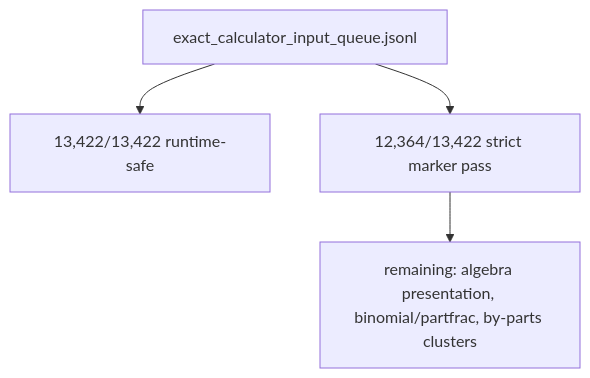
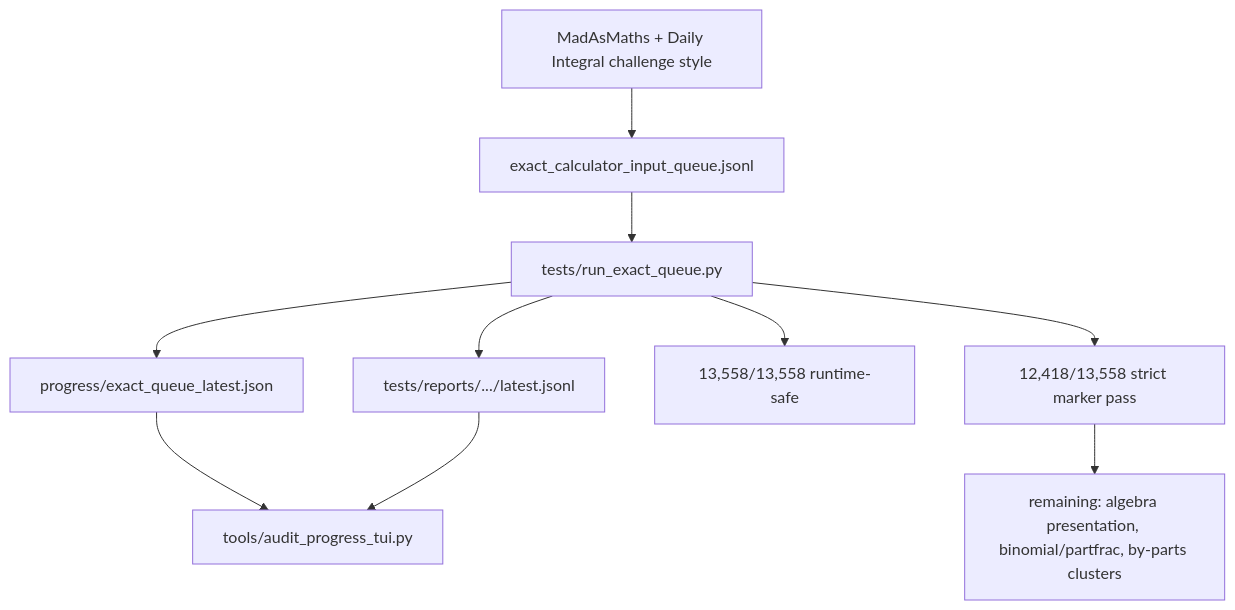
The fifth of 5 diagrams in docs/GRAPH.md (james8464/notes-addin-casio-fx-cg50), drawn with Mermaid before and after one commit. The commit also changed other lines of this file and 53 other files, not shown here.

Commit message:
test: expand queue audit and cleanup source backups

````diff
--- a/docs/GRAPH.md
+++ b/docs/GRAPH.md
@@ -57,6 +57,12 @@
 ```mermaid
 graph TD
-  Queue["exact_calculator_input_queue.jsonl"] --> Runtime["13,422/13,422 runtime-safe"]
-  Queue --> Strict["12,364/13,422 strict marker pass"]
+  Online["MadAsMaths + Daily Integral challenge style"] --> Queue["exact_calculator_input_queue.jsonl"]
+  Queue --> Runner["tests/run_exact_queue.py"]
+  Runner --> Live["progress/exact_queue_latest.json"]
+  Runner --> Report["tests/reports/.../latest.jsonl"]
+  Live --> TUI["tools/audit_progress_tui.py"]
+  Report --> TUI
+  Runner --> Runtime["13,558/13,558 runtime-safe"]
+  Runner --> Strict["12,418/13,558 strict marker pass"]
   Strict --> Remaining["remaining: algebra presentation, binomial/partfrac, by-parts clusters"]
 ```
````
